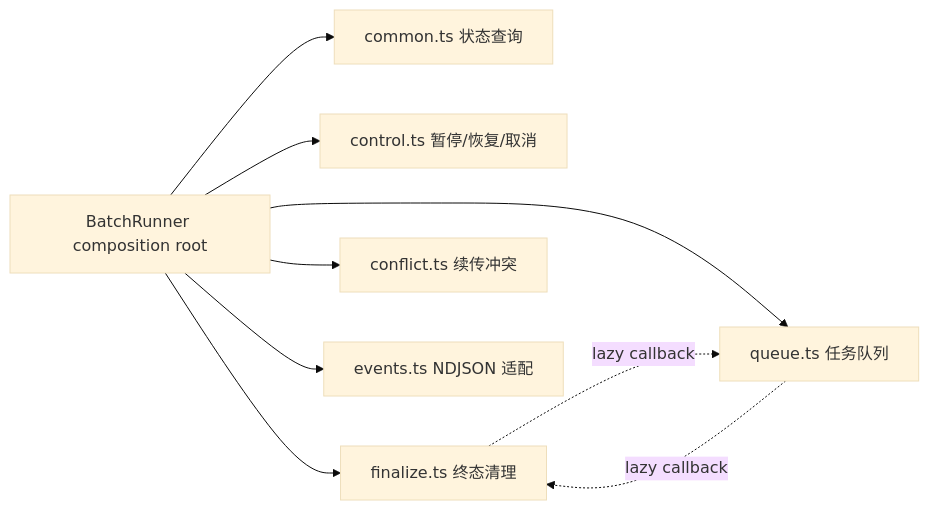
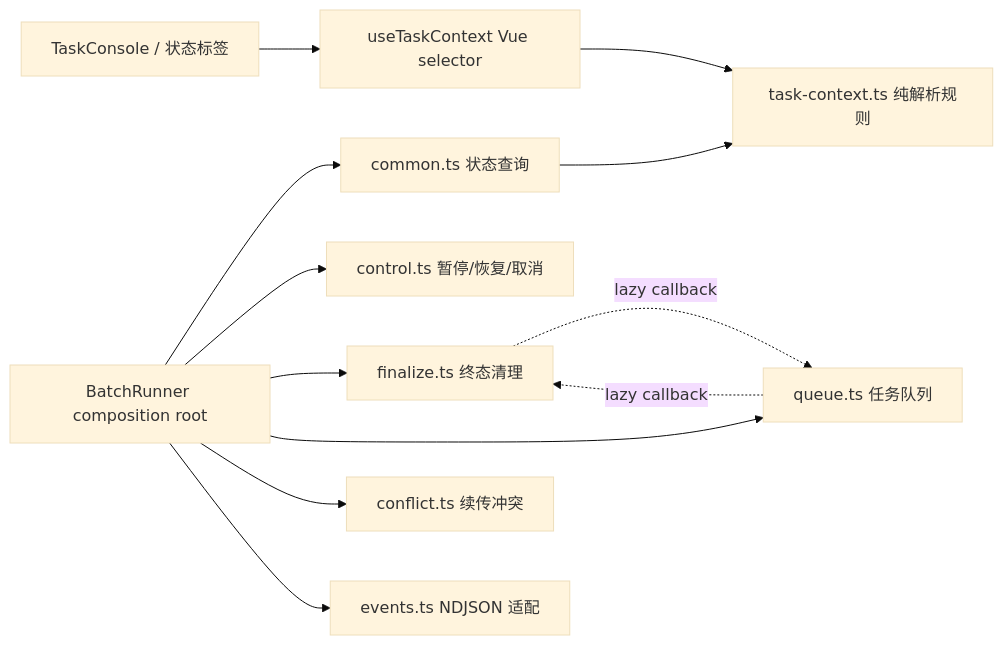
One commit to youge325/vp changed the third of 4 diagrams in docs/02-frontend-architecture.md. Above: the diagram before and after it, drawn with Mermaid (base theme). The commit also changed other lines of this file and 31 other files, not shown here.

````diff
--- a/docs/02-frontend-architecture.md
+++ b/docs/02-frontend-architecture.md
@@ -194,11 +194,14 @@
 ```mermaid
 graph LR
     A[BatchRunner composition root] --> B1[common.ts 状态查询]
     A --> B2[control.ts 暂停/恢复/取消]
     A --> B3[finalize.ts 终态清理]
     A --> B4[queue.ts 任务队列]
     A --> C[conflict.ts 续传冲突]
     A --> D[events.ts NDJSON 适配]
+    B1 --> E[task-context.ts 纯解析规则]
+    F[useTaskContext Vue selector] --> E
+    G[TaskConsole / 状态标签] --> F
     B3 -. lazy callback .-> B4
     B4 -. lazy callback .-> B3
 ```
````
